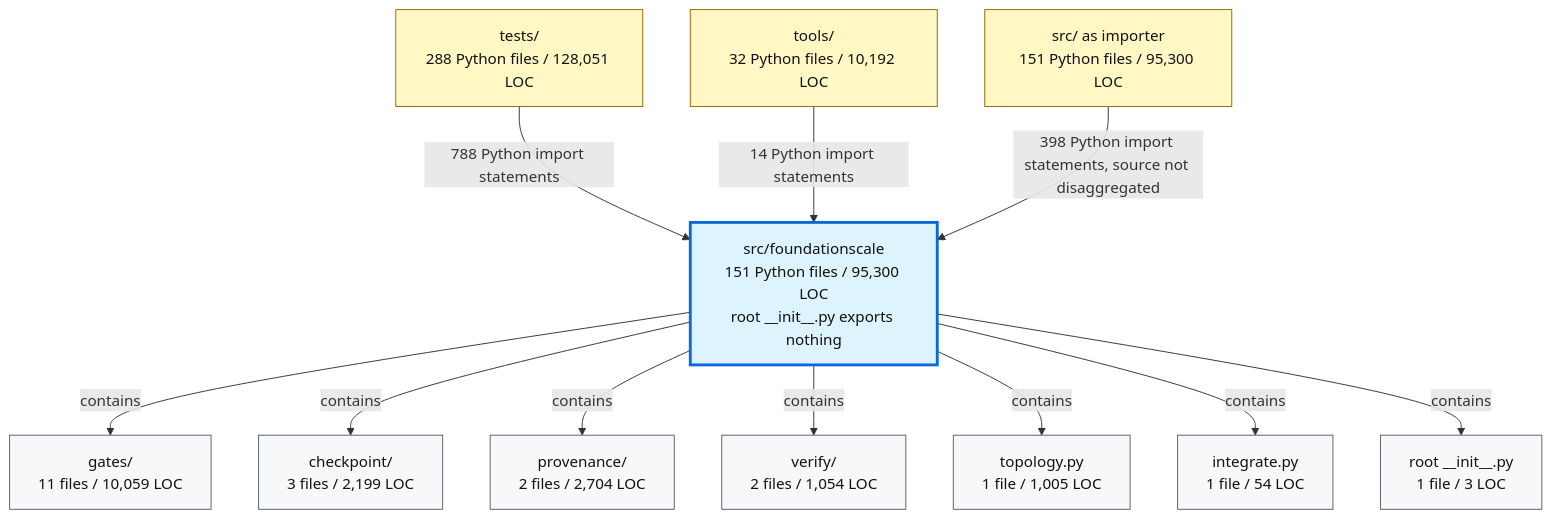
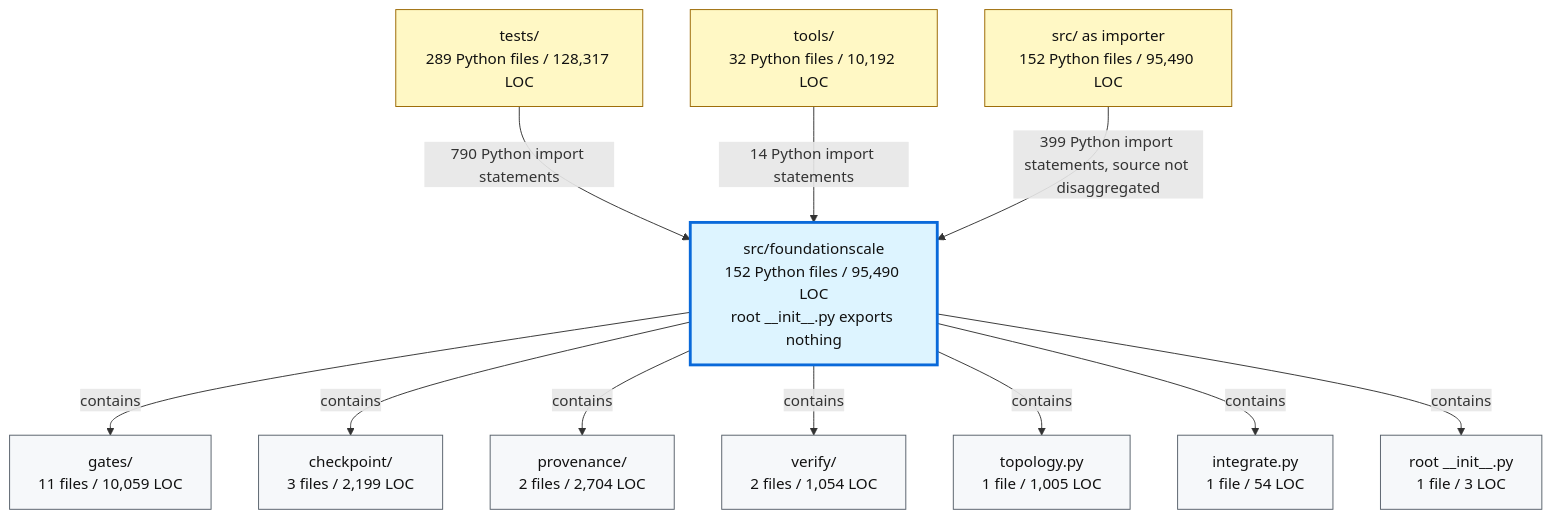
The second of 2 diagrams in docs/review/D2_current_architecture.md (TranNhiem/FoundationScale), drawn with Mermaid before and after one commit. The commit also changed other lines of this file and 19 other files, not shown here.

````diff
--- a/docs/review/D2_current_architecture.md
+++ b/docs/review/D2_current_architecture.md
@@ -97,36 +97,36 @@
 ```mermaid
 flowchart TB
-  TESTS["tests/<br/>288 Python files / 128,051 LOC"]
+  TESTS["tests/<br/>289 Python files / 128,317 LOC"]
   TOOLS["tools/<br/>32 Python files / 10,192 LOC"]
-  SRC["src/ as importer<br/>151 Python files / 95,300 LOC"]
+  SRC["src/ as importer<br/>152 Python files / 95,490 LOC"]
 
-  FS["src/foundationscale<br/>151 Python files / 95,300 LOC<br/>root __init__.py exports nothing"]
+  FS["src/foundationscale<br/>152 Python files / 95,490 LOC<br/>root __init__.py exports nothing"]
 
   GATES["gates/<br/>11 files / 10,059 LOC"]
   CKPT["checkpoint/<br/>3 files / 2,199 LOC"]
   PROV["provenance/<br/>2 files / 2,704 LOC"]
   VERIFY["verify/<br/>2 files / 1,054 LOC"]
   TOPO["topology.py<br/>1 file / 1,005 LOC"]
   INTEG["integrate.py<br/>1 file / 54 LOC"]
   ROOT["root __init__.py<br/>1 file / 3 LOC"]
 
-  TESTS -->|"788 Python import statements"| FS
+  TESTS -->|"790 Python import statements"| FS
   TOOLS -->|"14 Python import statements"| FS
-  SRC -->|"398 Python import statements, source not disaggregated"| FS
+  SRC -->|"399 Python import statements, source not disaggregated"| FS
 
   FS -->|"contains"| GATES
   FS -->|"contains"| CKPT
   FS -->|"contains"| PROV
   FS -->|"contains"| VERIFY
   FS -->|"contains"| TOPO
   FS -->|"contains"| INTEG
   FS -->|"contains"| ROOT
 
   classDef consumer fill:#fff8c5,stroke:#9a6700,color:#111;
   classDef package fill:#ddf4ff,stroke:#0969da,stroke-width:3px,color:#111;
   classDef module fill:#f6f8fa,stroke:#57606a,color:#111;
 
   class TESTS,TOOLS,SRC consumer;
   class FS package;
   class GATES,CKPT,PROV,VERIFY,TOPO,INTEG,ROOT module;
 ```
````
